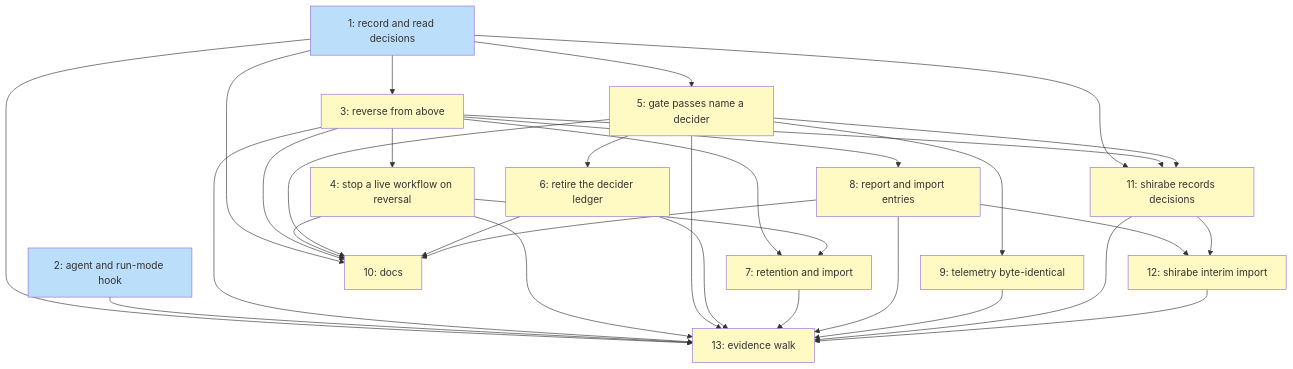
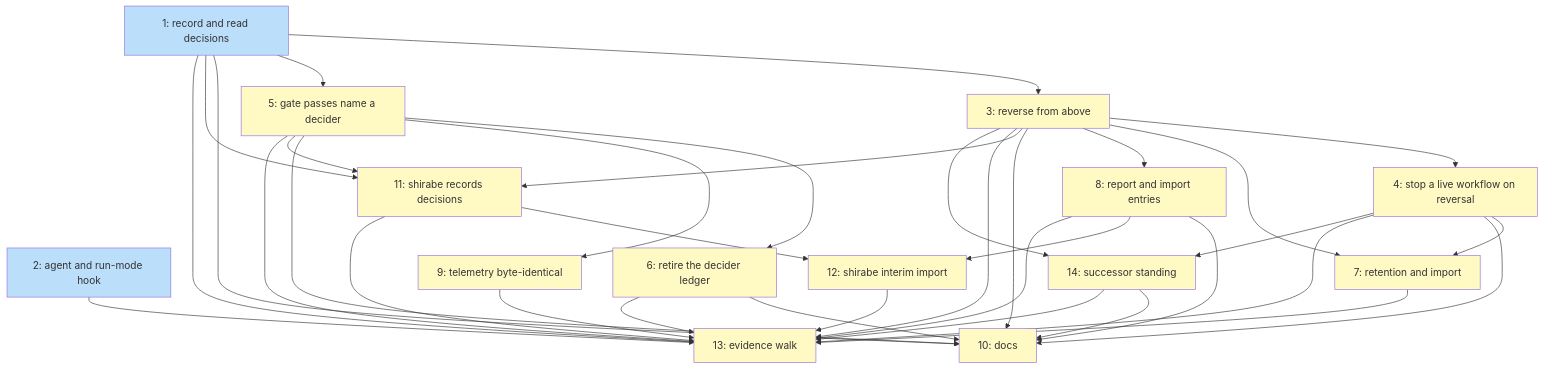
One commit to tsukumogami/koto changed the diagram in docs/plans/PLAN-decision-record.md. Above: the diagram before and after it, drawn with Mermaid. The commit also changed other lines of this file and 3 other files, not shown here.

First line of the commit message:
docs(decisions): state what a successor coordinator's standing rules need

````diff
--- a/docs/plans/PLAN-decision-record.md
+++ b/docs/plans/PLAN-decision-record.md
@@ -299,54 +334,59 @@
 ```mermaid
 graph TD
     I1["1: record and read decisions"]
     I2["2: agent and run-mode hook"]
     I3["3: reverse from above"]
     I4["4: stop a live workflow on reversal"]
     I5["5: gate passes name a decider"]
     I6["6: retire the decider ledger"]
     I7["7: retention and import"]
     I8["8: report and import entries"]
     I9["9: telemetry byte-identical"]
     I10["10: docs"]
     I11["11: shirabe records decisions"]
     I12["12: shirabe interim import"]
     I13["13: evidence walk"]
+    I14["14: successor standing"]
 
     I1 --> I3
     I1 --> I5
     I3 --> I4
     I3 --> I7
     I4 --> I7
     I3 --> I8
     I5 --> I6
     I5 --> I9
     I1 --> I10
     I3 --> I10
     I4 --> I10
     I5 --> I10
     I6 --> I10
     I8 --> I10
     I1 --> I11
     I3 --> I11
     I5 --> I11
     I8 --> I12
     I11 --> I12
     I1 --> I13
     I2 --> I13
     I3 --> I13
     I4 --> I13
     I5 --> I13
     I6 --> I13
     I7 --> I13
     I8 --> I13
     I9 --> I13
     I11 --> I13
     I12 --> I13
+    I3 --> I14
+    I4 --> I14
+    I14 --> I10
+    I14 --> I13
 
     classDef done fill:#c8e6c9
     classDef ready fill:#bbdefb
     classDef blocked fill:#fff9c4
 
     class I1,I2 ready
-    class I3,I4,I5,I6,I7,I8,I9,I10,I11,I12,I13 blocked
+    class I3,I4,I5,I6,I7,I8,I9,I10,I11,I12,I13,I14 blocked
 ```
````
